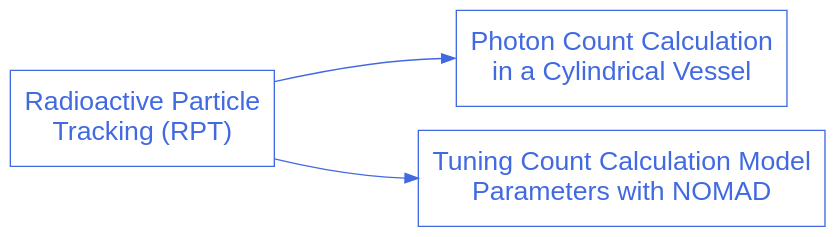
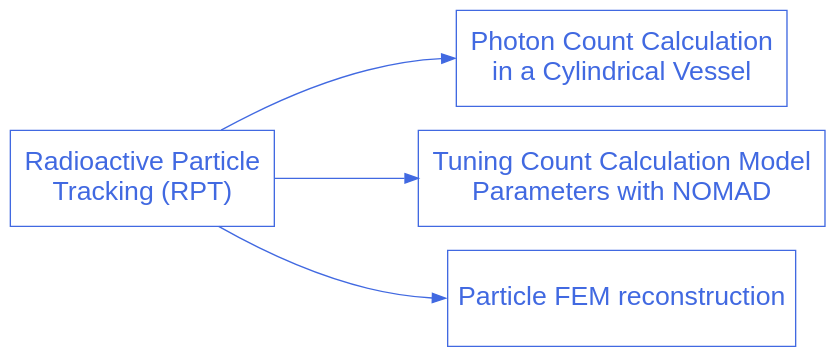
Before and after one commit to chaos-polymtl/lethe: the diagram in doc/source/examples/rpt/rpt.rst, drawn with Graphviz.

Commit message:
Add new example to rpt diagram

```diff
--- a/doc/source/examples/rpt/rpt.rst
+++ b/doc/source/examples/rpt/rpt.rst
@@ -14,18 +14,21 @@
 .. graphviz:: 
 
     digraph rpt_diagram {
       graph [bgcolor="transparent", align=true, ranksep=1.5];
       node [fontname=Arial, fontsize=20, shape=box, fontcolor=royalblue, color=royalblue, height=1];
       edge [color=royalblue];
       rankdir="LR";
       size = "9,9";
 
       rpt [label="Radioactive Particle \nTracking (RPT)", href="https://lethe-cfd.github.io/lethe/examples/rpt/rpt.html"];
 
       rpt_1 [label="Photon Count Calculation \nin a Cylindrical Vessel", href="https://lethe-cfd.github.io/lethe/examples/rpt/photon-count-calculation-in-a-cylindrical-vessel/photon-count-calculation-in-a-cylindrical-vessel.html", tooltip="Photon count calculation in a cylindrical vessel"];
 
       rpt_2 [label="Tuning Count Calculation Model \nParameters with NOMAD", href="https://lethe-cfd.github.io/lethe/examples/rpt/tuning-parameters-with-nomad/tuning-parameters-with-nomad.html", tooltip="Tuning count calculation model parameters with NOMAD"];
 
+      rpt_3 [label="Particle FEM reconstruction", href="https://lethe-cfd.github.io/lethe/examples/rpt/particle_fem_reconstruction/particle_fem_reconstruction.html", tooltip="Particle FEM reconstruction"];
+
       rpt -> rpt_1:w;
       rpt -> rpt_2:w;  
+      rpt -> rpt_3:w;
     }
```
